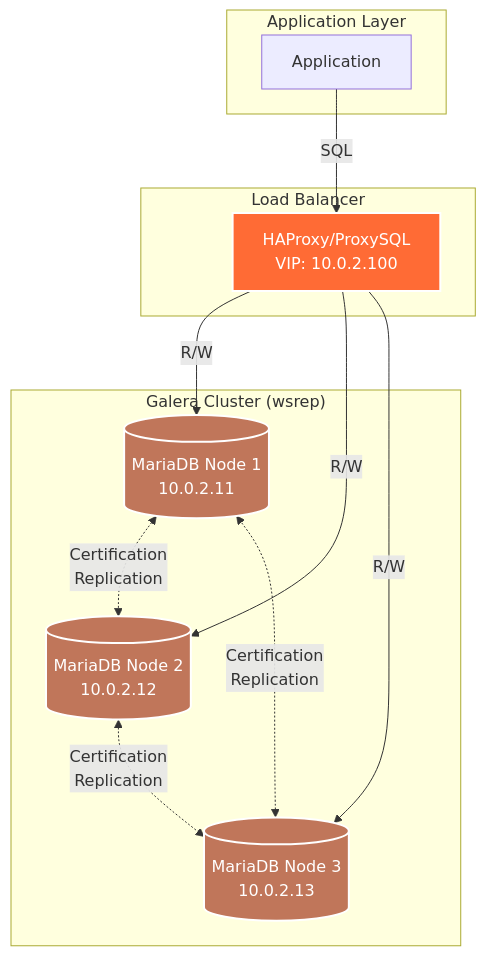
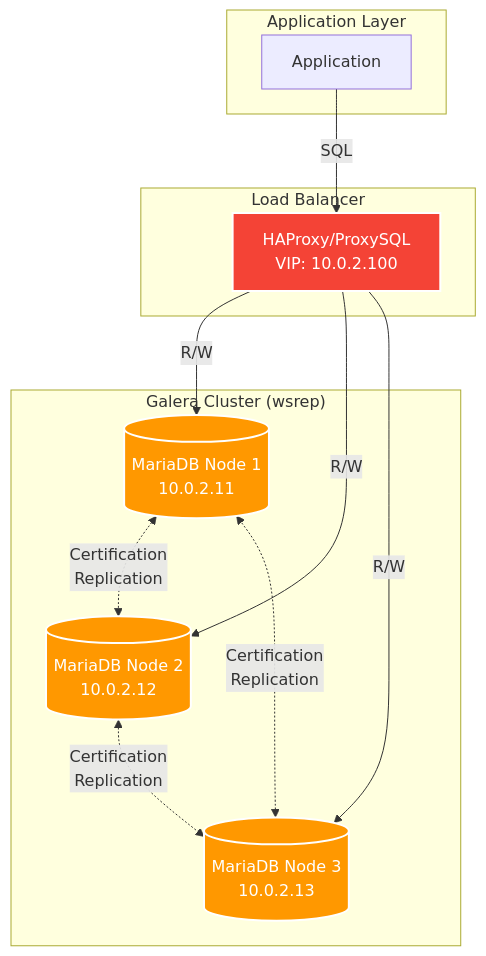
The second of 3 diagrams in docs/databases/high-availability.md (VBlackJack/ShellBook), drawn with Mermaid before and after one commit. The commit also changed other lines of this file and 337 other files, not shown here.

First line of the commit message:
refactor(docs): Standardize code blocks and Mermaid colors

````diff
--- a/docs/databases/high-availability.md
+++ b/docs/databases/high-availability.md
@@ -541,31 +541,31 @@
 ```mermaid
 graph TB
     subgraph "Application Layer"
         APP[Application]
     end
 
     subgraph "Load Balancer"
         LB[HAProxy/ProxySQL<br/>VIP: 10.0.2.100]
     end
 
     APP -->|SQL| LB
 
     subgraph "Galera Cluster (wsrep)"
         NODE1[(MariaDB Node 1<br/>10.0.2.11)]
         NODE2[(MariaDB Node 2<br/>10.0.2.12)]
         NODE3[(MariaDB Node 3<br/>10.0.2.13)]
 
         NODE1 <-.Certification<br/>Replication.-> NODE2
         NODE2 <-.Certification<br/>Replication.-> NODE3
         NODE3 <-.Certification<br/>Replication.-> NODE1
     end
 
     LB -->|R/W| NODE1
     LB -->|R/W| NODE2
     LB -->|R/W| NODE3
 
-    style NODE1 fill:#c0765a,stroke:#fff,stroke-width:2px,color:#fff
-    style NODE2 fill:#c0765a,stroke:#fff,stroke-width:2px,color:#fff
-    style NODE3 fill:#c0765a,stroke:#fff,stroke-width:2px,color:#fff
-    style LB fill:#ff6b35,stroke:#fff,stroke-width:2px,color:#fff
+    style NODE1 fill:#FF9800,stroke:#fff,stroke-width:2px,color:#fff
+    style NODE2 fill:#FF9800,stroke:#fff,stroke-width:2px,color:#fff
+    style NODE3 fill:#FF9800,stroke:#fff,stroke-width:2px,color:#fff
+    style LB fill:#f44336,stroke:#fff,stroke-width:2px,color:#fff
 ```
````
